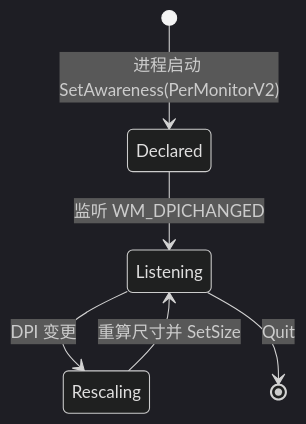
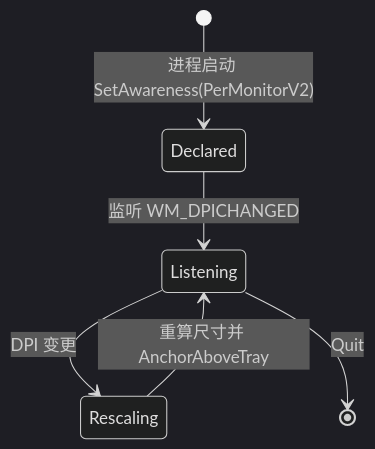
Before and after one commit to shaolei/DeskCalendar: the fourth of 4 diagrams in docs/20-Platform/DPI.md, drawn with Mermaid (dark theme). The commit also changed other lines of this file and 25 other files, not shown here.

````diff
--- a/docs/20-Platform/DPI.md
+++ b/docs/20-Platform/DPI.md
@@ -93,8 +93,8 @@
 ```mermaid
 stateDiagram-v2
     [*] --> Declared: 进程启动 SetAwareness(PerMonitorV2)
     Declared --> Listening: 监听 WM_DPICHANGED
     Listening --> Rescaling: DPI 变更
-    Rescaling --> Listening: 重算尺寸并 SetSize
+    Rescaling --> Listening: 重算尺寸并 AnchorAboveTray
     Listening --> [*]: Quit
 ```
````
